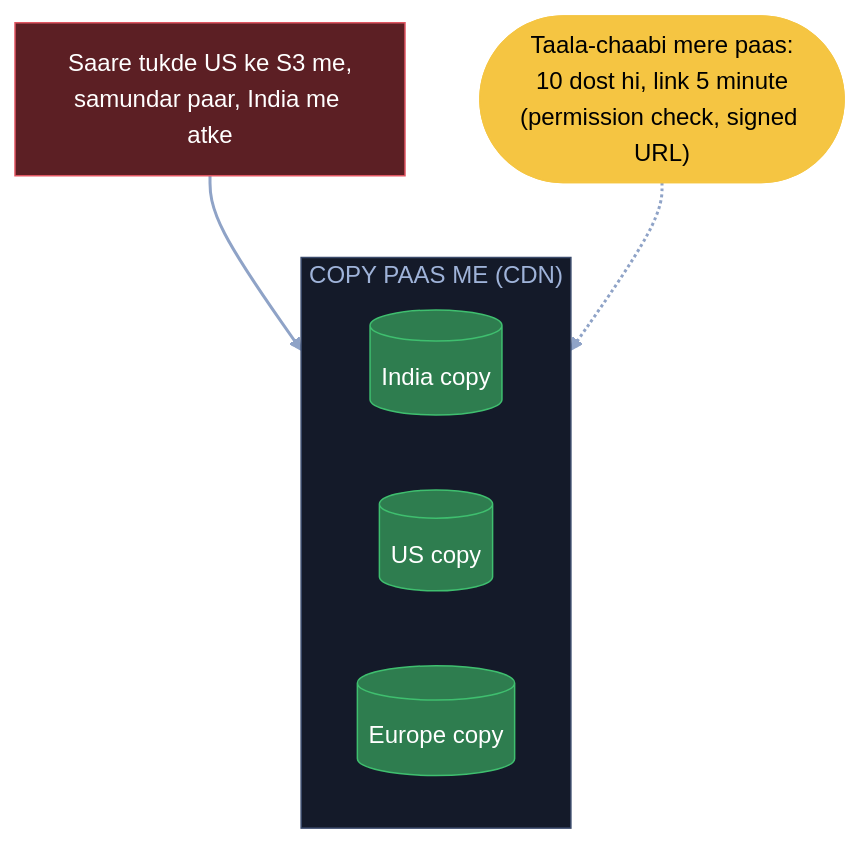
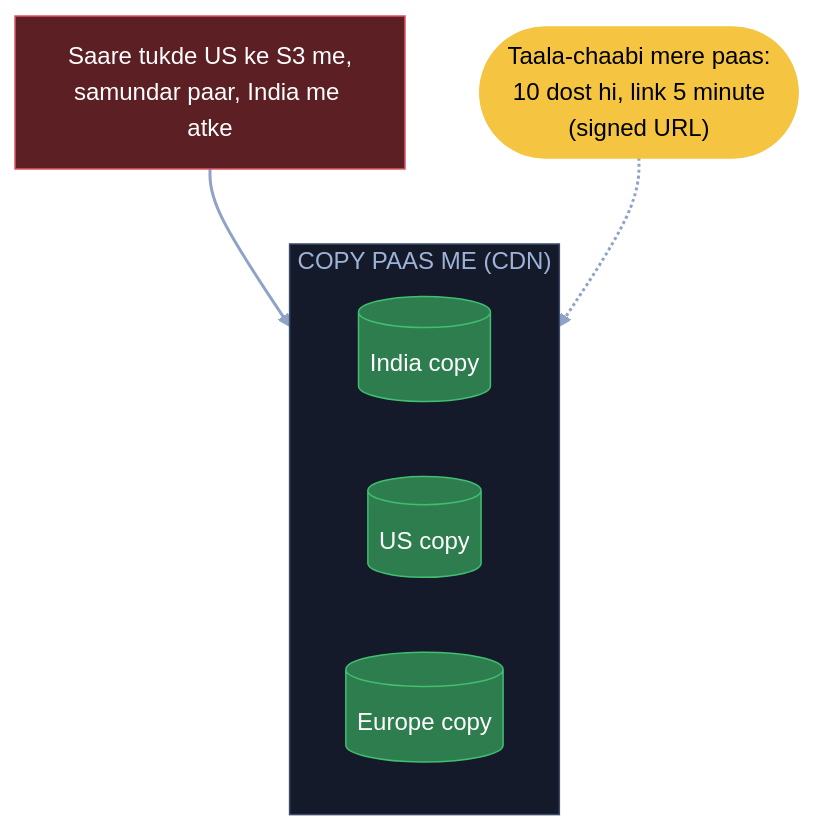
Before and after one commit to ArpanMaheshwari144/Prep: diagram 15 of 21 in 04_HLD/SYSTEM_DESIGNS/03_twitter_feed/03_twitter_feed.md, drawn with Mermaid (base theme). The commit also changed other lines of this file and 20 other files, not shown here.

Commit message:
Diagram: sirf hand notes wale naam rahe (66 apne joda naam hataye); README 22-Nov tak update

````diff
--- a/04_HLD/SYSTEM_DESIGNS/03_twitter_feed/03_twitter_feed.md
+++ b/04_HLD/SYSTEM_DESIGNS/03_twitter_feed/03_twitter_feed.md
@@ -562,18 +562,18 @@
 ```mermaid
 flowchart TB
     X["Saare tukde US ke S3 me,<br/>samundar paar, India me atke"]:::bad
     subgraph CP["COPY PAAS ME (CDN)"]
         I[("India copy")]:::good
         U[("US copy")]:::good
         E[("Europe copy")]:::good
     end
-    T(["Taala-chaabi mere paas:<br/>10 dost hi, link 5 minute<br/>(permission check, signed URL)"]):::pill
+    T(["Taala-chaabi mere paas:<br/>10 dost hi, link 5 minute<br/>(signed URL)"]):::pill
     X --> CP
     T -.-> CP
     linkStyle default stroke:#8fa3c7,stroke-width:2px
     classDef card fill:#1e2638,stroke:#3a4a6b,color:#e8ecf5
     classDef pill fill:#f5c542,stroke:#f5c542,color:#000
     classDef good fill:#2e7d4f,stroke:#3fbf6f,color:#fff
     classDef bad fill:#5c1f24,stroke:#e05561,color:#fff
     style CP fill:#141a29,stroke:#3a4a6b,color:#9fb3d9
 ```
````
